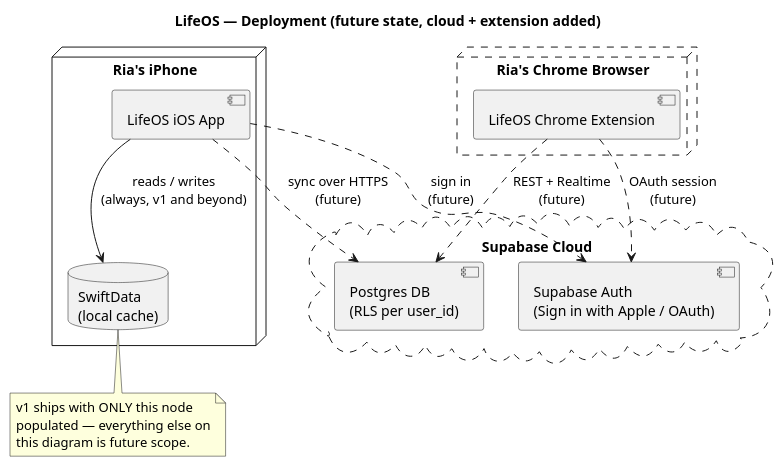
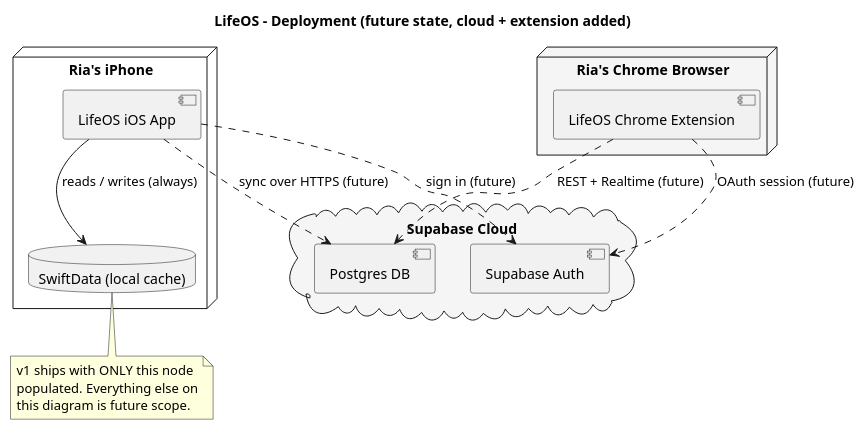
The diagram in docs/diagrams/deployment.puml (riasaxena/LifeOS), drawn with PlantUML before and after one commit. The commit also changed 5 other files, not shown here.

Commit message:
Fix PlantUML syntax errors: alias-based note references, ASCII-only text

```diff
--- a/docs/diagrams/deployment.puml
+++ b/docs/diagrams/deployment.puml
@@ -1,31 +1,31 @@
 @startuml deployment
-title LifeOS — Deployment (future state, cloud + extension added)
+title LifeOS - Deployment (future state, cloud + extension added)
 
-node "Ria's iPhone" {
-  [LifeOS iOS App]
-  database "SwiftData\n(local cache)" as SD
+node "Ria's iPhone" as IPhone {
+  [LifeOS iOS App] as IOSApp
+  database "SwiftData (local cache)" as SD
 }
 
-node "Ria's Chrome Browser" #line.dashed {
+node "Ria's Chrome Browser" as ChromeBrowser #F5F5F5 {
   [LifeOS Chrome Extension] as Ext
 }
 
-cloud "Supabase Cloud" #line.dashed {
-  [Postgres DB\n(RLS per user_id)] as PG
-  [Supabase Auth\n(Sign in with Apple / OAuth)] as Auth
+cloud "Supabase Cloud" as SupabaseCloud #F5F5F5 {
+  [Postgres DB] as PG
+  [Supabase Auth] as Auth
 }
 
-[LifeOS iOS App] --> SD : reads / writes\n(always, v1 and beyond)
-[LifeOS iOS App] ..> PG : sync over HTTPS\n(future)
-[LifeOS iOS App] ..> Auth : sign in\n(future)
+IOSApp --> SD : reads / writes (always)
+IOSApp ..> PG : sync over HTTPS (future)
+IOSApp ..> Auth : sign in (future)
 
-Ext ..> PG : REST + Realtime\n(future)
-Ext ..> Auth : OAuth session\n(future)
+Ext ..> PG : REST + Realtime (future)
+Ext ..> Auth : OAuth session (future)
 
 note bottom of SD
   v1 ships with ONLY this node
-  populated — everything else on
+  populated. Everything else on
   this diagram is future scope.
 end note
 
 @enduml
```
